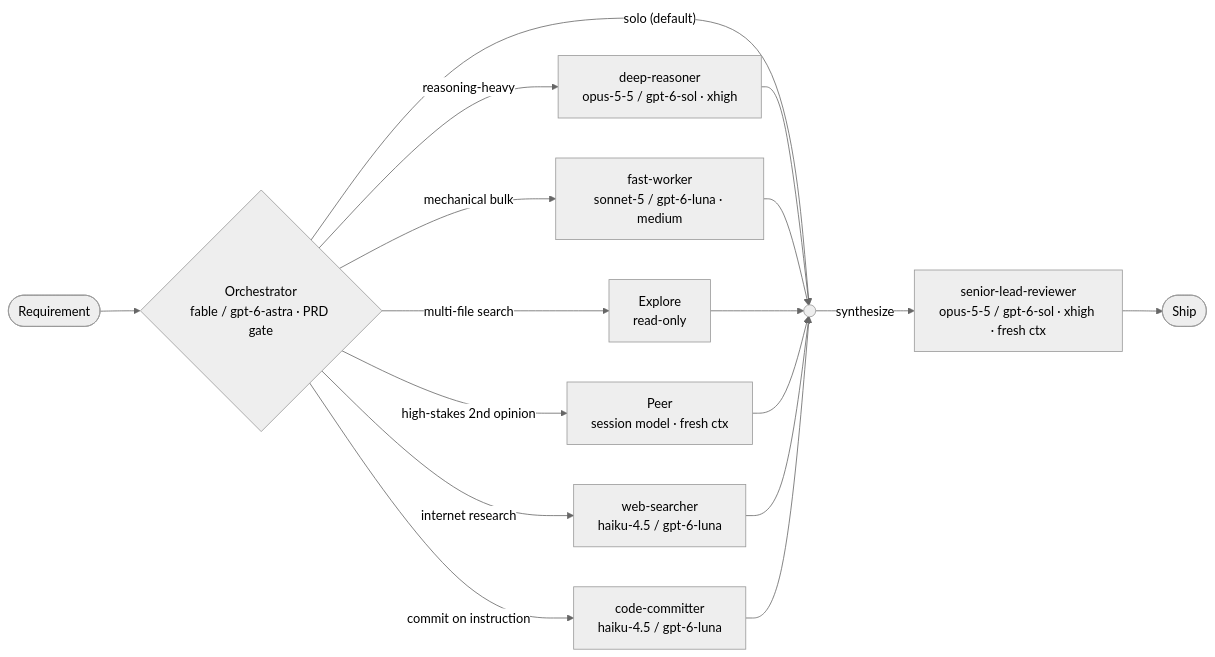
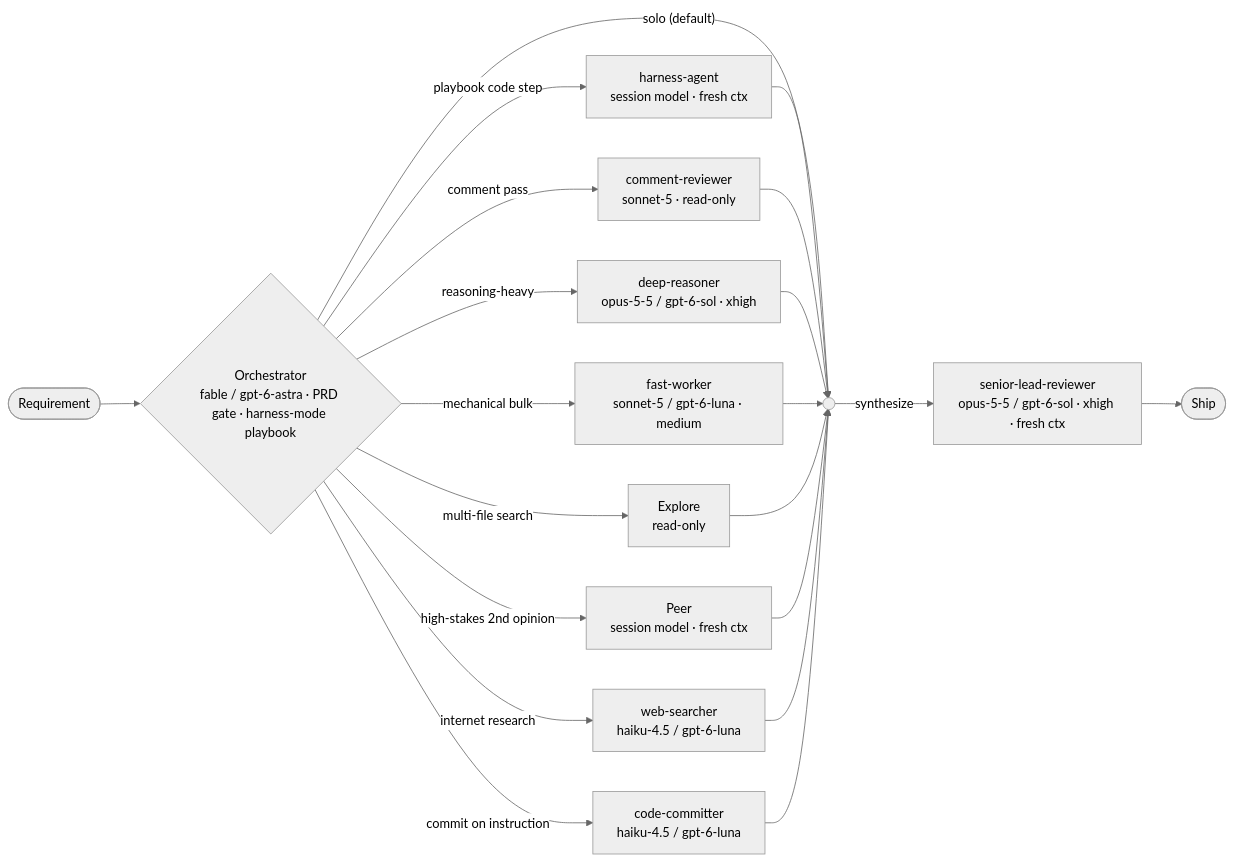
Before and after one commit to wonpanu/ai-harness: the diagram in README.md, drawn with Mermaid (neutral theme). The commit also changed other lines of this file and 147 other files, not shown here.

First line of the commit message:
harness-mode: port pstack playbooks + principles, mandatory tdd, branded 3D playbook (#3)

````diff
--- a/README.md
+++ b/README.md
@@ -28,20 +35,24 @@
 ```mermaid
 flowchart LR
     REQ([Requirement]) --> ORCH
-    ORCH{"Orchestrator<br/>fable / gpt-6-astra · PRD gate"}
+    ORCH{"Orchestrator<br/>fable / gpt-6-astra · PRD gate · harness-mode playbook"}
     ORCH -->|"solo (default)"| SYN(( ))
     ORCH -->|reasoning-heavy| DEEP["deep-reasoner<br/>opus-5-5 / gpt-6-sol · xhigh"]
     ORCH -->|mechanical bulk| FAST["fast-worker<br/>sonnet-5 / gpt-6-luna · medium"]
     ORCH -->|multi-file search| EXP["Explore<br/>read-only"]
     ORCH -->|high-stakes 2nd opinion| PEER["Peer<br/>session model · fresh ctx"]
     ORCH -->|internet research| WEB["web-searcher<br/>haiku-4.5 / gpt-6-luna"]
     ORCH -->|commit on instruction| COMMIT["code-committer<br/>haiku-4.5 / gpt-6-luna"]
+    ORCH -->|playbook code step| HA["harness-agent<br/>session model · fresh ctx"]
+    ORCH -->|comment pass| CR["comment-reviewer<br/>sonnet-5 · read-only"]
+    HA --> SYN
+    CR --> SYN
     DEEP --> SYN
     FAST --> SYN
     EXP --> SYN
     PEER --> SYN
     WEB --> SYN
     COMMIT --> SYN
     SYN -->|synthesize| REV["senior-lead-reviewer<br/>opus-5-5 / gpt-6-sol · xhigh · fresh ctx"]
     REV --> SHIP([Ship])
 ```
````
